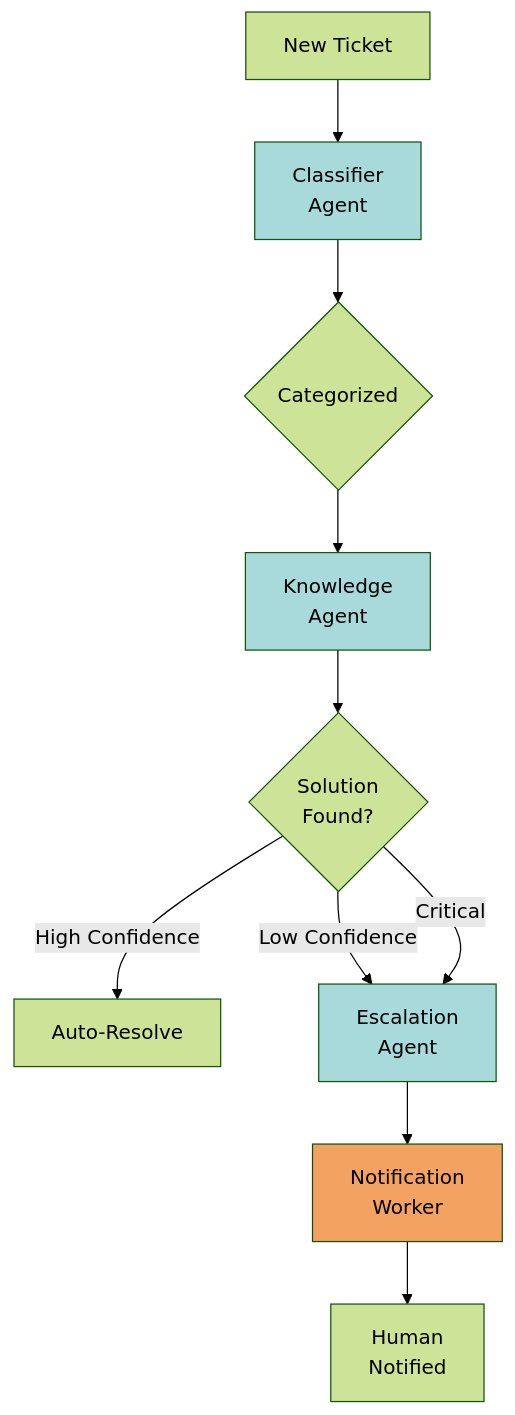
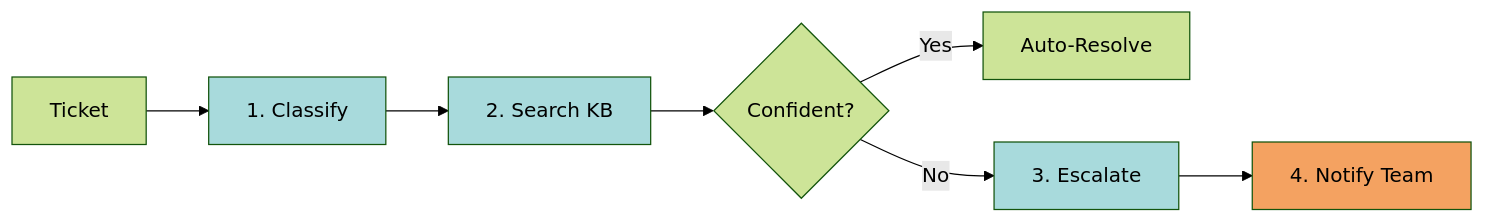
The first of 2 diagrams in blog-post.md (nicklotz/orkes-multiagent-workflow), drawn with Mermaid (forest theme) before and after one commit.

Commit message:
Simplify mermaid diagram to horizontal layout with short labels

````diff
--- a/blog-post.md
+++ b/blog-post.md
@@ -25,17 +25,14 @@
 ```mermaid
-graph TD
-    A[New Ticket] --> B[Classifier<br/>Agent]
-    B --> C{Categorized}
-    C --> D[Knowledge<br/>Agent]
-    D --> E{Solution<br/>Found?}
-    E -->|High Confidence| F[Auto-Resolve]
-    E -->|Low Confidence| G[Escalation<br/>Agent]
-    E -->|Critical| G
-    G --> H[Notification<br/>Worker]
-    H --> I[Human<br/>Notified]
+flowchart LR
+    A[Ticket] --> B[1. Classify]
+    B --> C[2. Search KB]
+    C --> D{Confident?}
+    D -->|Yes| E[Auto-Resolve]
+    D -->|No| F[3. Escalate]
+    F --> G[4. Notify Team]
 
     style B fill:#a8dadc
-    style D fill:#a8dadc
-    style G fill:#a8dadc
-    style H fill:#f4a261
+    style C fill:#a8dadc
+    style F fill:#a8dadc
+    style G fill:#f4a261
 ```
````
